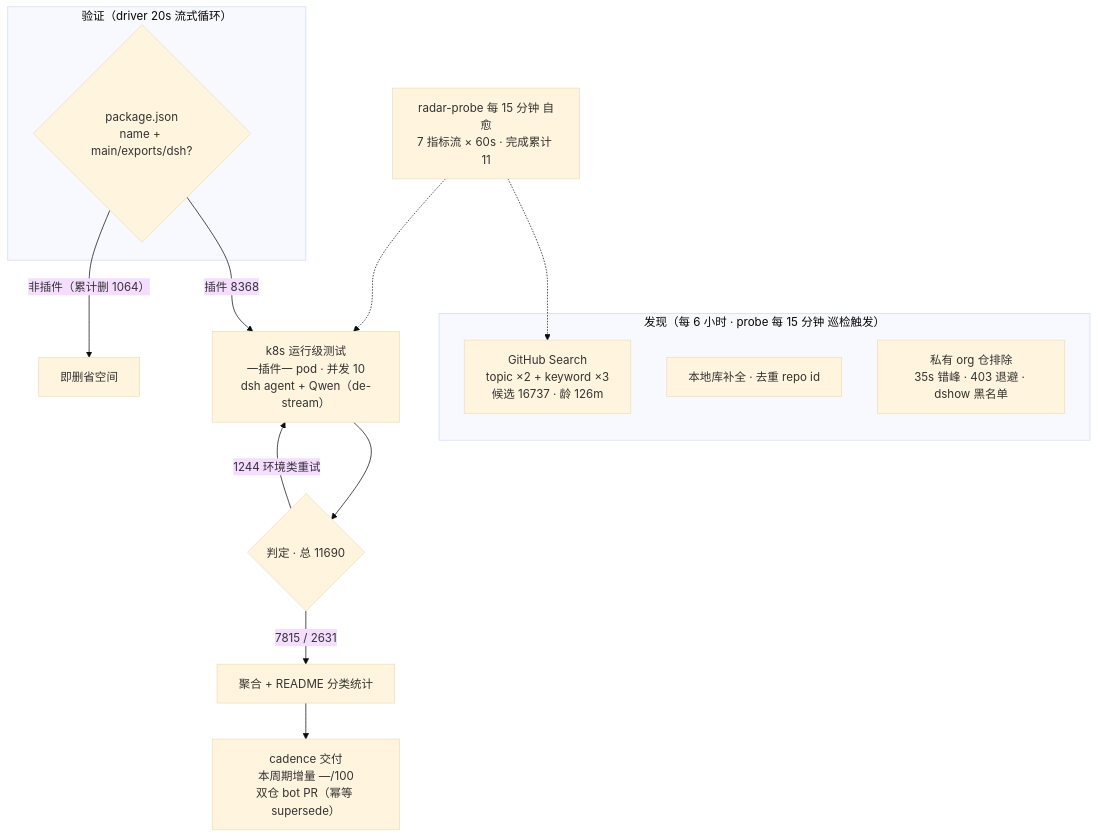
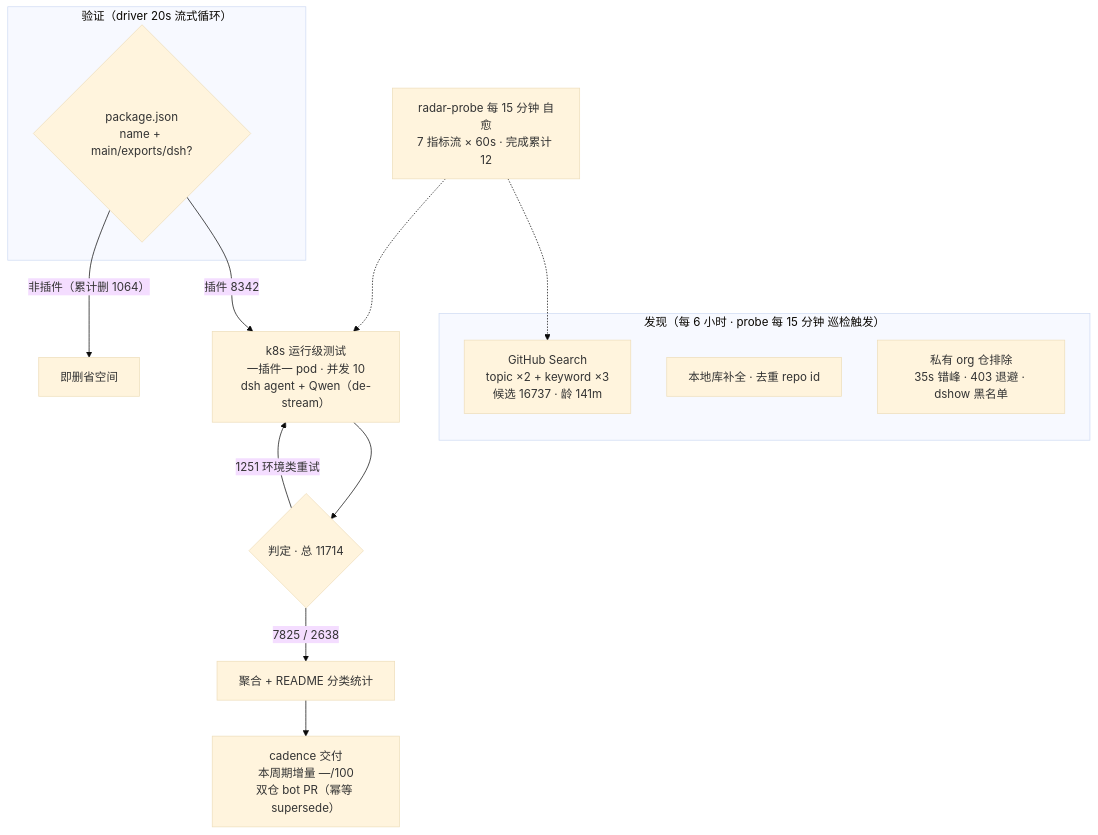
The diagram in README.md (Zhidao-Lab-OSS/awesome-dsh-plugins), drawn with Mermaid (base theme) before and after one commit. The commit also changed other lines of this file and 1 other file, not shown here.

````diff
--- a/README.md
+++ b/README.md
@@ -52,20 +52,20 @@
 ```mermaid
 flowchart TB
     subgraph Discovery["发现（每 6 小时 · probe 每 15 分钟 巡检触发）"]
-        A1["GitHub Search<br/>topic ×2 + keyword ×3<br/>候选 16737 · 龄 126m"]
+        A1["GitHub Search<br/>topic ×2 + keyword ×3<br/>候选 16737 · 龄 141m"]
         A2["本地库补全 · 去重 repo id"]
         A3["私有 org 仓排除<br/>35s 错峰 · 403 退避 · dshow 黑名单"]
     end
     subgraph Validation["验证（driver 20s 流式循环）"]
         B1{"package.json<br/>name + main/exports/dsh?"}
     end
-    B1 -->|"插件 8368"| C1["k8s 运行级测试<br/>一插件一 pod · 并发 10<br/>dsh agent + Qwen（de-stream）"]
+    B1 -->|"插件 8342"| C1["k8s 运行级测试<br/>一插件一 pod · 并发 10<br/>dsh agent + Qwen（de-stream）"]
     B1 -->|"非插件（累计删 1064）"| B3["即删省空间"]
-    C1 --> D1{"判定 · 总 11690"}
-    D1 -->|"7815 / 2631"| E1["聚合 + README 分类统计"]
-    D1 -->|"1244 环境类重试"| C1
+    C1 --> D1{"判定 · 总 11714"}
+    D1 -->|"7825 / 2638"| E1["聚合 + README 分类统计"]
+    D1 -->|"1251 环境类重试"| C1
     E1 --> E2["cadence 交付<br/>本周期增量 —/100<br/>双仓 bot PR（幂等 supersede）"]
-    M["radar-probe 每 15 分钟 自愈<br/>7 指标流 × 60s · 完成累计 11"]
+    M["radar-probe 每 15 分钟 自愈<br/>7 指标流 × 60s · 完成累计 12"]
     M -.-> A1
     M -.-> C1
 ```
````
